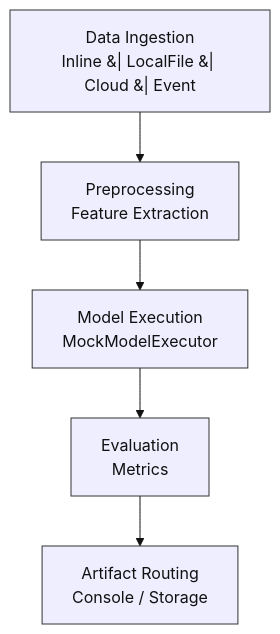
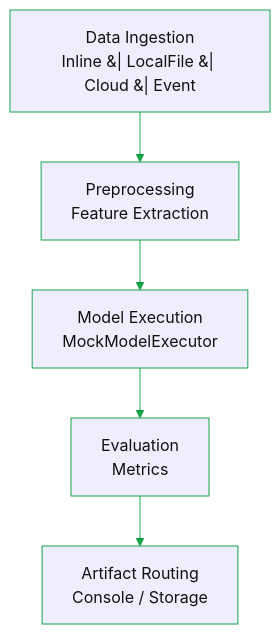
Before and after one commit to drewbai/fluxOps-dotNet: the diagram in docs/diagrams/pipeline.md, drawn with Mermaid. The commit also changed 1 other file, not shown here.

Commit message:
fix lines in mermaid docs

````diff
--- a/docs/diagrams/pipeline.md
+++ b/docs/diagrams/pipeline.md
@@ -6,10 +6,10 @@
 ```mermaid
-%%{init: {"theme": "base", "themeVariables": {"background": "#ffffff", "textColor": "#111111", "primaryTextColor": "#111111", "secondaryTextColor": "#111111", "tertiaryTextColor": "#111111", "primaryColor": "#ffffff", "lineColor": "#111111", "nodeBorder": "#111111"}, "flowchart": {"htmlLabels": false} } }%%
+%%{init: {"theme": "base", "themeVariables": {"background": "#ffffff", "textColor": "#111111", "primaryTextColor": "#111111", "secondaryTextColor": "#111111", "tertiaryTextColor": "#111111", "primaryColor": "#ffffff", "lineColor": "#16a34a", "nodeBorder": "#111111"}, "flowchart": {"htmlLabels": false} } }%%
 flowchart TD
     Ingest["Data Ingestion\nInline &#124; LocalFile &#124; Cloud &#124; Event"] --> Pre["Preprocessing\nFeature Extraction"]
     Pre --> Exec["Model Execution\nMockModelExecutor"]
     Exec --> Eval["Evaluation\nMetrics"]
     Eval --> Artifacts["Artifact Routing\nConsole / Storage"]
-    classDef stage fill:#eef,stroke:#333,stroke-width:1px;
+    classDef stage fill:#eef,stroke:#16a34a,stroke-width:1px;
     class Ingest,Pre,Exec,Eval,Artifacts stage;
 ```
````
